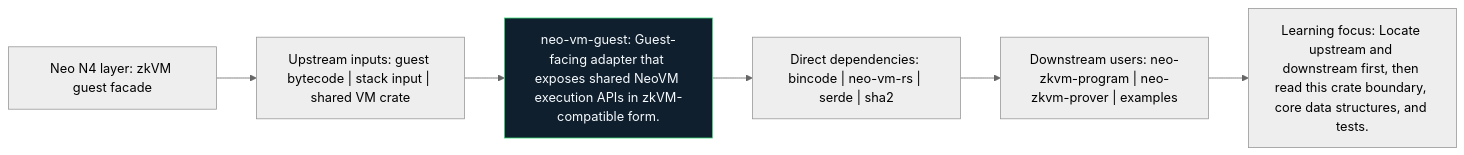
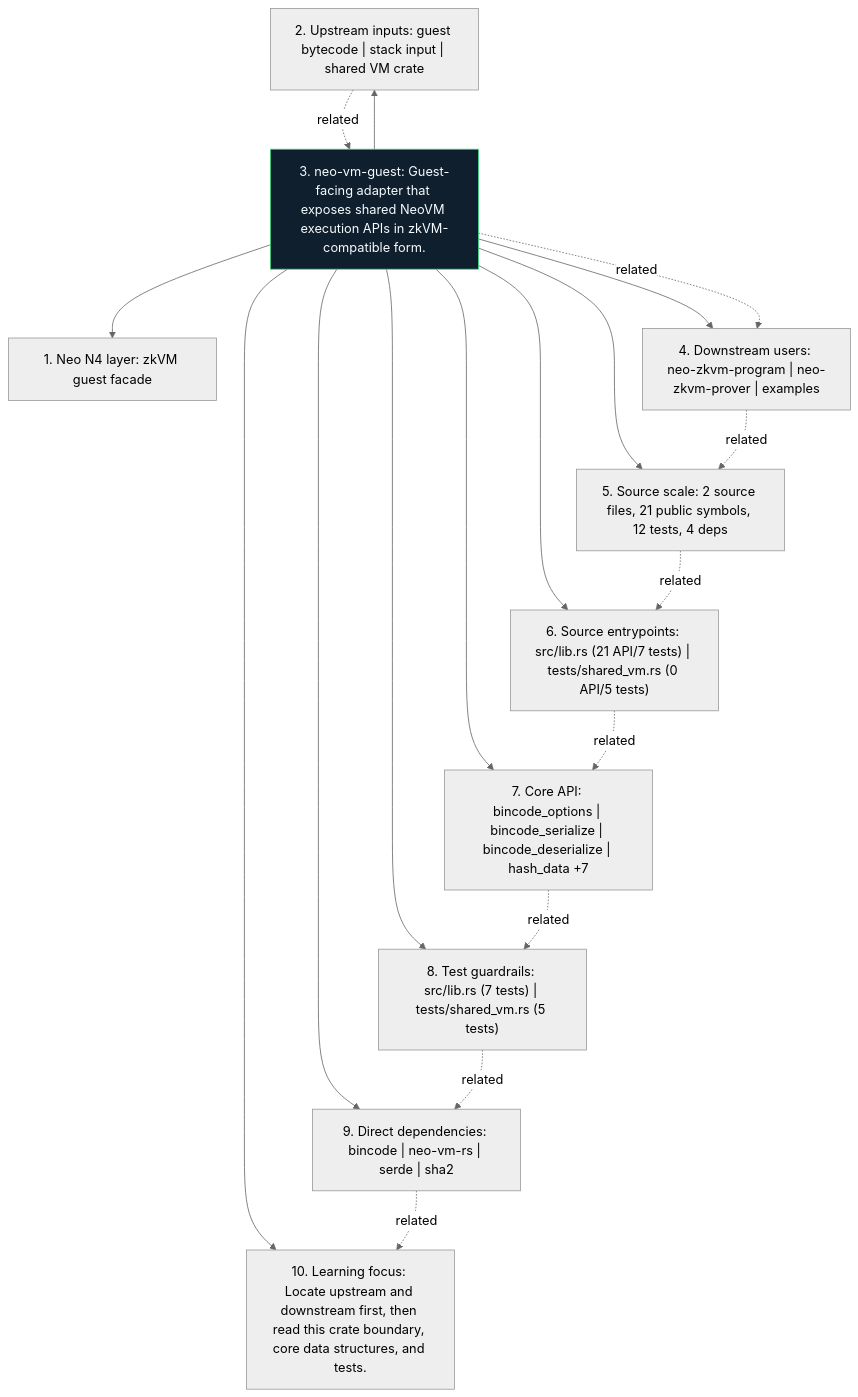
Before and after one commit to r3e-network/neo-zkvm: the diagram in crates/neo-vm-guest/docs/figures/position.mmd, drawn with Mermaid (neutral theme). The commit also changed 307 other files, not shown here.

Commit message:
Deepen crate diagrams with source-aware atlas

```diff
--- a/crates/neo-vm-guest/docs/figures/position.mmd
+++ b/crates/neo-vm-guest/docs/figures/position.mmd
@@ -1,14 +1,30 @@
-flowchart LR
-    N1["Neo N4 layer: zkVM guest facade"]
-    N2["Upstream inputs: guest bytecode | stack input | shared VM crate"]
-    N3["neo-vm-guest: Guest-facing adapter that exposes shared NeoVM execution APIs in zkVM-compatible form."]
-    N4["Direct dependencies: bincode | neo-vm-rs | serde | sha2"]
-    N5["Downstream users: neo-zkvm-program | neo-zkvm-prover | examples"]
-    N6["Learning focus: Locate upstream and downstream first, then read this crate boundary, core data structures, and tests."]
-    N1 --> N2
-    N2 --> N3
+flowchart TB
+    N1["1. Neo N4 layer: zkVM guest facade"]
+    N2["2. Upstream inputs: guest bytecode | stack input | shared VM crate"]
+    N3["3. neo-vm-guest: Guest-facing adapter that exposes shared NeoVM execution APIs in zkVM-compatible form."]
+    N4["4. Downstream users: neo-zkvm-program | neo-zkvm-prover | examples"]
+    N5["5. Source scale: 2 source files, 21 public symbols, 12 tests, 4 deps"]
+    N6["6. Source entrypoints: src/lib.rs (21 API/7 tests) | tests/shared_vm.rs (0 API/5 tests)"]
+    N7["7. Core API: bincode_options | bincode_serialize | bincode_deserialize | hash_data +7"]
+    N8["8. Test guardrails: src/lib.rs (7 tests) | tests/shared_vm.rs (5 tests)"]
+    N9["9. Direct dependencies: bincode | neo-vm-rs | serde | sha2"]
+    N10["10. Learning focus: Locate upstream and downstream first, then read this crate boundary, core data structures, and tests."]
+    N3 --> N1
+    N3 --> N2
     N3 --> N4
-    N4 --> N5
-    N5 --> N6
+    N3 --> N5
+    N3 --> N6
+    N3 --> N7
+    N3 --> N8
+    N3 --> N9
+    N3 --> N10
+    N2 -. related .-> N3
+    N3 -. related .-> N4
+    N4 -. related .-> N5
+    N5 -. related .-> N6
+    N6 -. related .-> N7
+    N7 -. related .-> N8
+    N8 -. related .-> N9
+    N9 -. related .-> N10
     classDef crate fill:#101f2d,stroke:#38d978,color:#f6fbff
     class N3 crate
```
